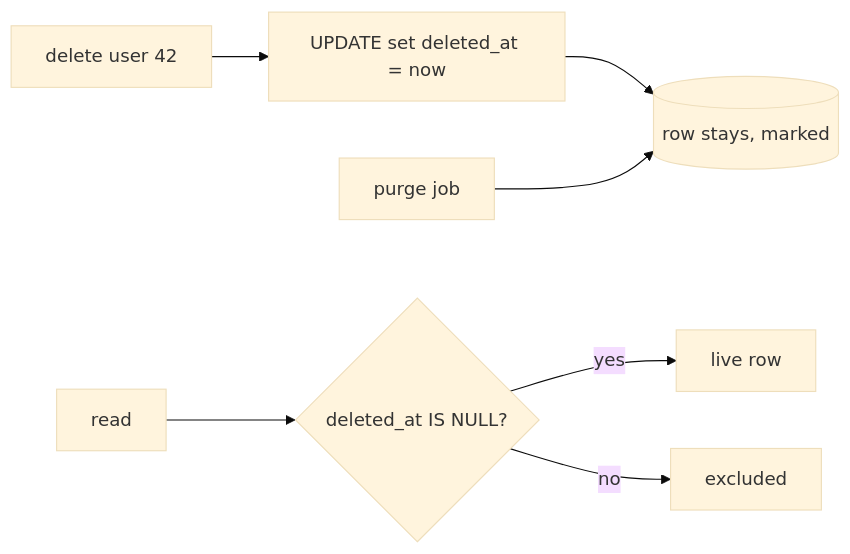
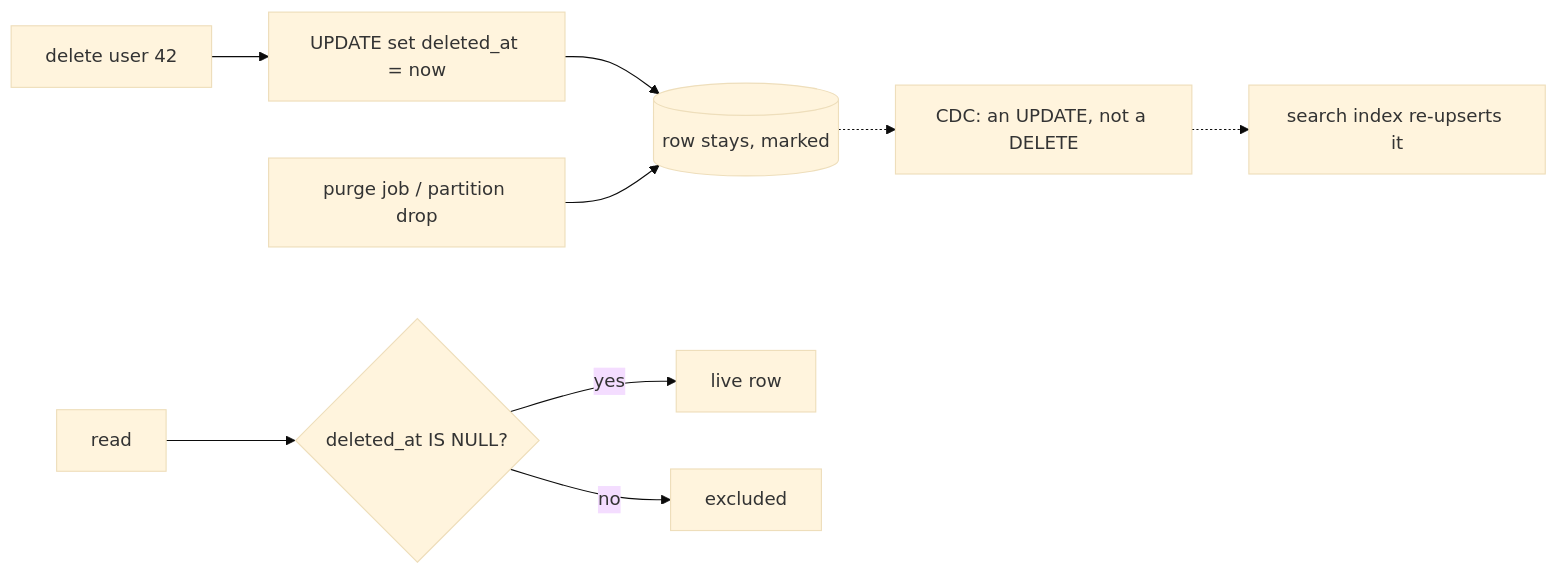
The diagram in src/topics-md/soft-delete.md (Sundeepg98/deepdive-rehearsal), drawn with Mermaid (base theme) before and after one commit. The commit also changed other lines of this file and 41 other files, not shown here.

````diff
--- a/src/topics-md/soft-delete.md
+++ b/src/topics-md/soft-delete.md
@@ -255,9 +619,11 @@
 ```mermaid
 flowchart LR
   D["delete user 42"] --> U["UPDATE set deleted_at = now"]
   U --> R[(row stays, marked)]
   Q["read"] --> F{"deleted_at IS NULL?"}
   F -- yes --> L[live row]
   F -- no --> X[excluded]
-  P["purge job"] --> R
+  R -.-> C["CDC: an UPDATE, not a DELETE"]
+  C -.-> S[search index re-upserts it]
+  P["purge job / partition drop"] --> R
 ```
````
